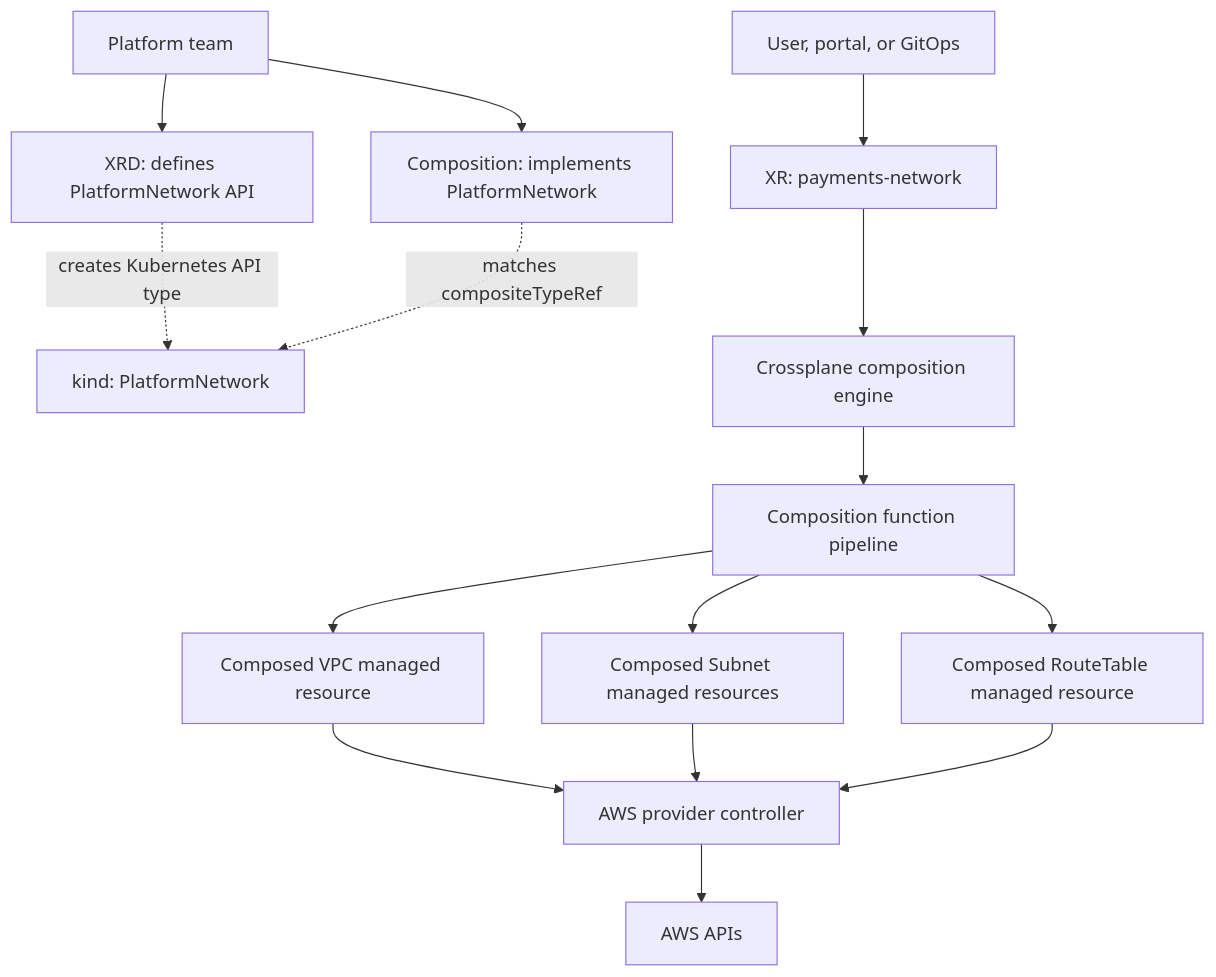
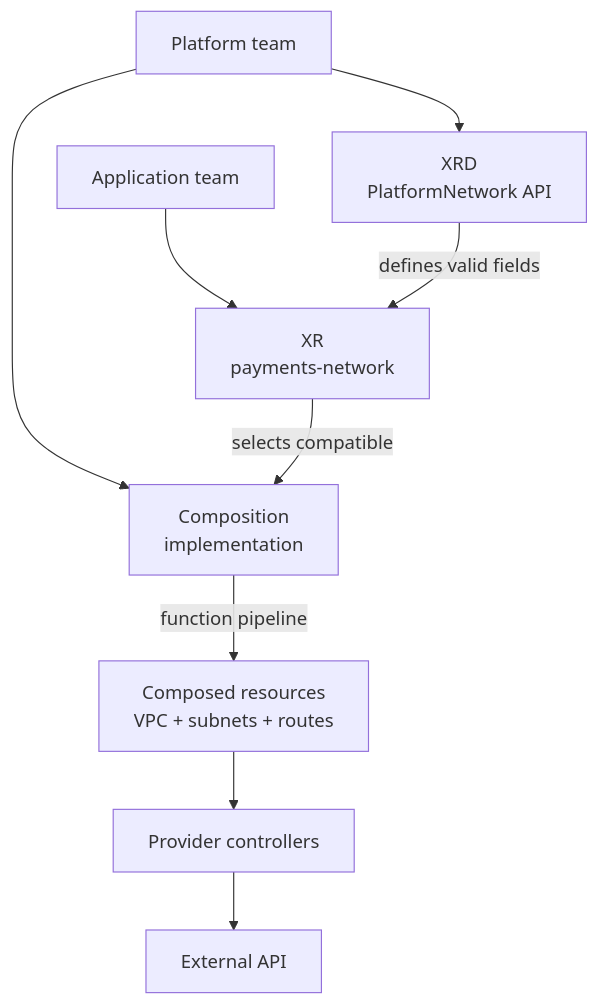
Before and after one commit to David-A18/MY-humble-knowledge-for-everyone: the diagram in knowledge/kubernetes/crossplane/xrd-composition-and-xr-calls.md, drawn with Mermaid. The commit also changed other lines of this file and 7 other files, not shown here.

Commit message:
Teach how to request a Crossplane platform API

````diff
--- a/knowledge/kubernetes/crossplane/xrd-composition-and-xr-calls.md
+++ b/knowledge/kubernetes/crossplane/xrd-composition-and-xr-calls.md
@@ -98,17 +62,11 @@
 ```mermaid
-flowchart TD
-    PT["Platform team"] --> XRD["XRD: defines PlatformNetwork API"]
-    PT --> COMP["Composition: implements PlatformNetwork"]
-    XRD -. creates Kubernetes API type .-> XRKIND["kind: PlatformNetwork"]
-    COMP -. matches compositeTypeRef .-> XRKIND
-    USER["User, portal, or GitOps"] --> XR["XR: payments-network"]
-    XR --> ENGINE["Crossplane composition engine"]
-    ENGINE --> FUNC["Composition function pipeline"]
-    FUNC --> MR1["Composed VPC managed resource"]
-    FUNC --> MR2["Composed Subnet managed resources"]
-    FUNC --> MR3["Composed RouteTable managed resource"]
-    MR1 --> PROVIDER["AWS provider controller"]
-    MR2 --> PROVIDER
-    MR3 --> PROVIDER
-    PROVIDER --> AWS["AWS APIs"]
+flowchart TB
+  team["Platform team"] --> xrd["XRD<br/>PlatformNetwork API"]
+  team --> comp["Composition<br/>implementation"]
+  user["Application team"] --> xr["XR<br/>payments-network"]
+  xrd -->|"defines valid fields"| xr
+  xr -->|"selects compatible"| comp
+  comp -->|"function pipeline"| mr["Composed resources<br/>VPC + subnets + routes"]
+  mr --> provider["Provider controllers"]
+  provider --> cloud["External API"]
 ```
````
